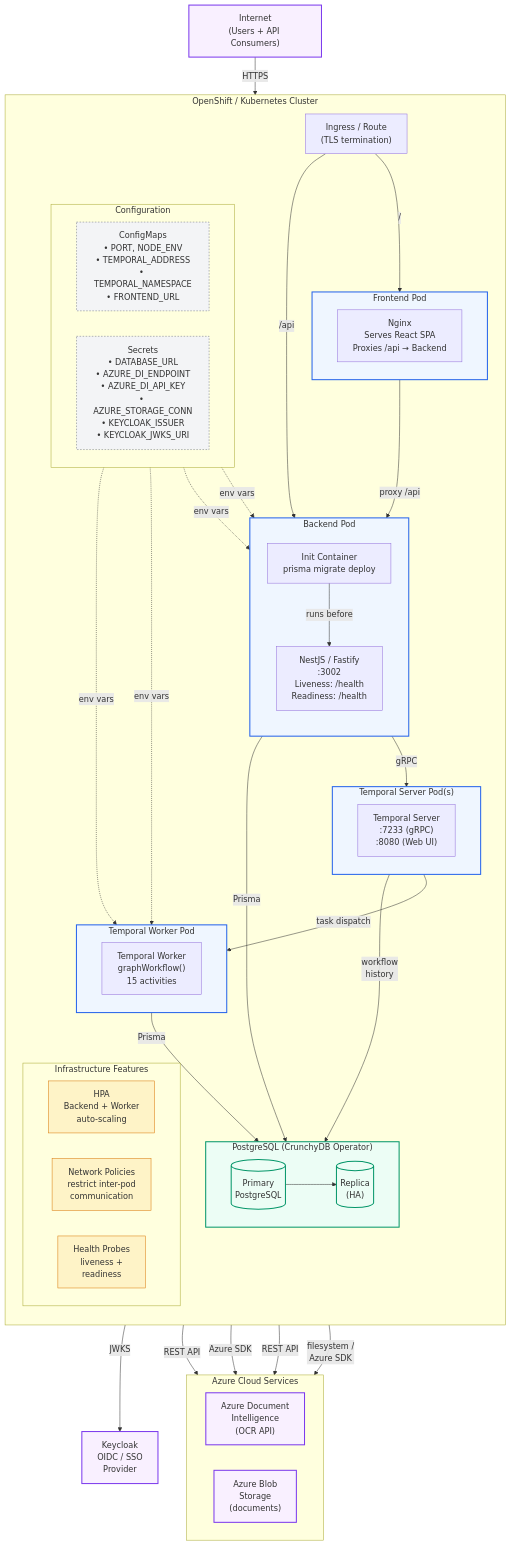
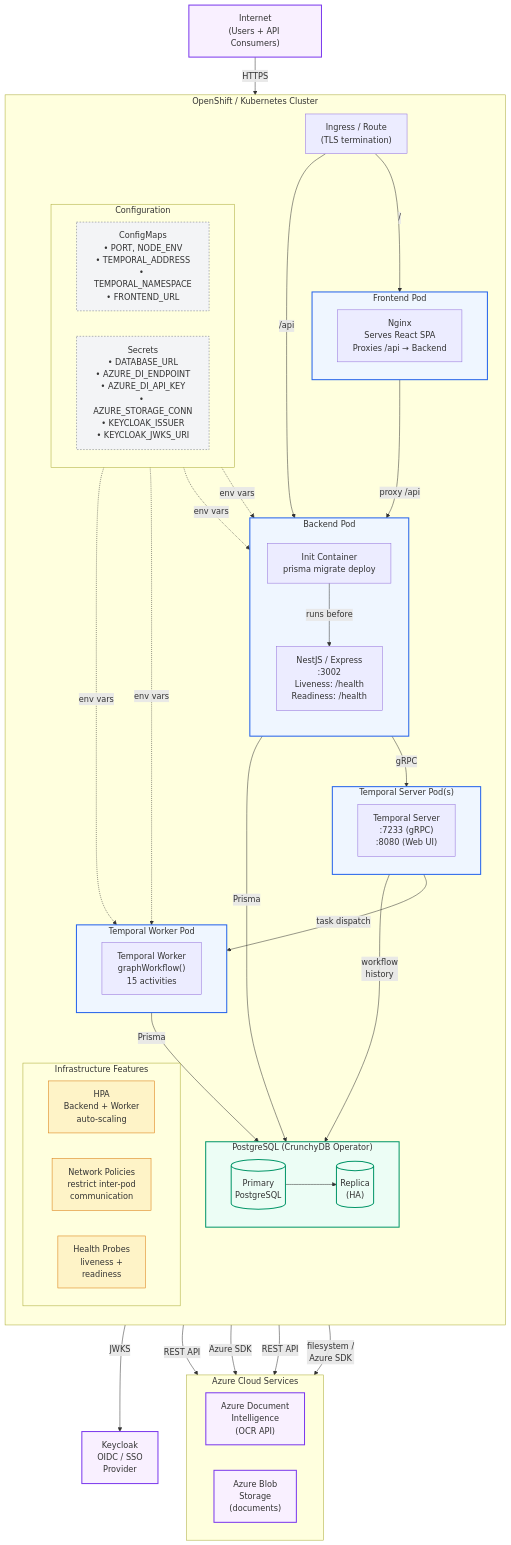
One commit to bcgov/ai-adoption-document-intelligence changed the diagram in docs/_diagrams/deployment.mmd. Above: the diagram before and after it, drawn with Mermaid. The commit also changed 10 other files, not shown here.

```diff
--- a/docs/_diagrams/deployment.mmd
+++ b/docs/_diagrams/deployment.mmd
@@ -1,109 +1,109 @@
 graph TB
     %% ── External Traffic ─────────────────────────────────────────
     Internet["Internet<br/>(Users + API Consumers)"]
 
     %% ── OpenShift Cluster ────────────────────────────────────────
     subgraph Cluster ["OpenShift / Kubernetes Cluster"]
         direction TB
 
         %% ── Ingress ──────────────────────────────────────────────
         Ingress["Ingress / Route<br/>(TLS termination)"]
 
         %% ── Frontend Pod ─────────────────────────────────────────
         subgraph FEPod ["Frontend Pod"]
             direction LR
             Nginx["Nginx<br/>Serves React SPA<br/>Proxies /api → Backend"]
         end
 
         %% ── Backend Pod ──────────────────────────────────────────
         subgraph BEPod ["Backend Pod"]
             direction TB
             InitMigrate["Init Container<br/>prisma migrate deploy"]
-            NestJS["NestJS / Fastify<br/>:3002<br/>Liveness: /health<br/>Readiness: /health"]
+            NestJS["NestJS / Express<br/>:3002<br/>Liveness: /health<br/>Readiness: /health"]
             InitMigrate -->|"runs before"| NestJS
         end
 
         %% ── Worker Pod ───────────────────────────────────────────
         subgraph WorkerPod ["Temporal Worker Pod"]
             direction LR
             Worker["Temporal Worker<br/>graphWorkflow&lpar;&rpar;<br/>15 activities"]
         end
 
         %% ── Temporal Server Pod ──────────────────────────────────
         subgraph TemporalPod ["Temporal Server Pod&lpar;s&rpar;"]
             direction LR
             TServer["Temporal Server<br/>:7233 (gRPC)<br/>:8080 (Web UI)"]
         end
 
         %% ── Database ─────────────────────────────────────────────
         subgraph DBCluster ["PostgreSQL &lpar;CrunchyDB Operator&rpar;"]
             direction LR
             PGPrimary[("Primary<br/>PostgreSQL")]
             PGReplica[("Replica<br/>(HA)")]
             PGPrimary --> PGReplica
         end
 
         %% ── Config & Secrets ─────────────────────────────────────
         subgraph Config ["Configuration"]
             direction LR
             ConfigMap["ConfigMaps<br/>• PORT, NODE_ENV<br/>• TEMPORAL_ADDRESS<br/>• TEMPORAL_NAMESPACE<br/>• FRONTEND_URL"]
             Secrets["Secrets<br/>• DATABASE_URL<br/>• AZURE_DI_ENDPOINT<br/>• AZURE_DI_API_KEY<br/>• AZURE_STORAGE_CONN<br/>• KEYCLOAK_ISSUER<br/>• KEYCLOAK_JWKS_URI"]
         end
 
         %% ── Platform Features ────────────────────────────────────
         subgraph InfraFeatures ["Infrastructure Features"]
             direction LR
             HPA["HPA<br/>Backend + Worker<br/>auto-scaling"]
             NetPol["Network Policies<br/>restrict inter-pod<br/>communication"]
             Probes["Health Probes<br/>liveness +<br/>readiness"]
         end
     end
 
     %% ── External Azure Services ──────────────────────────────────
     subgraph Azure ["Azure Cloud Services"]
         direction LR
         AzureDI["Azure Document<br/>Intelligence<br/>(OCR API)"]
         AzureBlob["Azure Blob<br/>Storage<br/>(documents)"]
     end
 
     %% ── External Auth ────────────────────────────────────────────
     Keycloak["Keycloak<br/>OIDC / SSO<br/>Provider"]
 
     %% ── Traffic Flow ─────────────────────────────────────────────
     Internet -->|"HTTPS"| Ingress
     Ingress -->|"/"| FEPod
     Ingress -->|"/api"| BEPod
     Nginx -->|"proxy /api"| NestJS
 
     %% ── Internal Connections ─────────────────────────────────────
     NestJS -->|"gRPC"| TServer
     NestJS -->|"Prisma"| PGPrimary
     TServer -->|"task dispatch"| Worker
     Worker -->|"Prisma"| PGPrimary
     TServer -->|"workflow<br/>history"| PGPrimary
 
     %% ── External Service Connections ─────────────────────────────
     NestJS -->|"REST API"| AzureDI
     NestJS -->|"Azure SDK"| AzureBlob
     Worker -->|"REST API"| AzureDI
     Worker -->|"filesystem /<br/>Azure SDK"| AzureBlob
     NestJS -->|"JWKS"| Keycloak
 
     %% ── Config injection ─────────────────────────────────────────
     ConfigMap -.->|"env vars"| BEPod
     ConfigMap -.->|"env vars"| WorkerPod
     Secrets -.->|"env vars"| BEPod
     Secrets -.->|"env vars"| WorkerPod
 
     %% ── Styling ──────────────────────────────────────────────────
     classDef external fill:#f9f0ff,stroke:#7c3aed,stroke-width:2px
     classDef pod fill:#eff6ff,stroke:#2563eb,stroke-width:2px
     classDef db fill:#ecfdf5,stroke:#059669,stroke-width:2px
     classDef config fill:#f3f4f6,stroke:#6b7280,stroke-width:1px,stroke-dasharray:3
     classDef infra fill:#fef3c7,stroke:#d97706,stroke-width:1px
 
     class Internet,AzureDI,AzureBlob,Keycloak external
     class FEPod,BEPod,WorkerPod,TemporalPod pod
     class DBCluster,PGPrimary,PGReplica db
     class ConfigMap,Secrets config
     class HPA,NetPol,Probes infra
```
